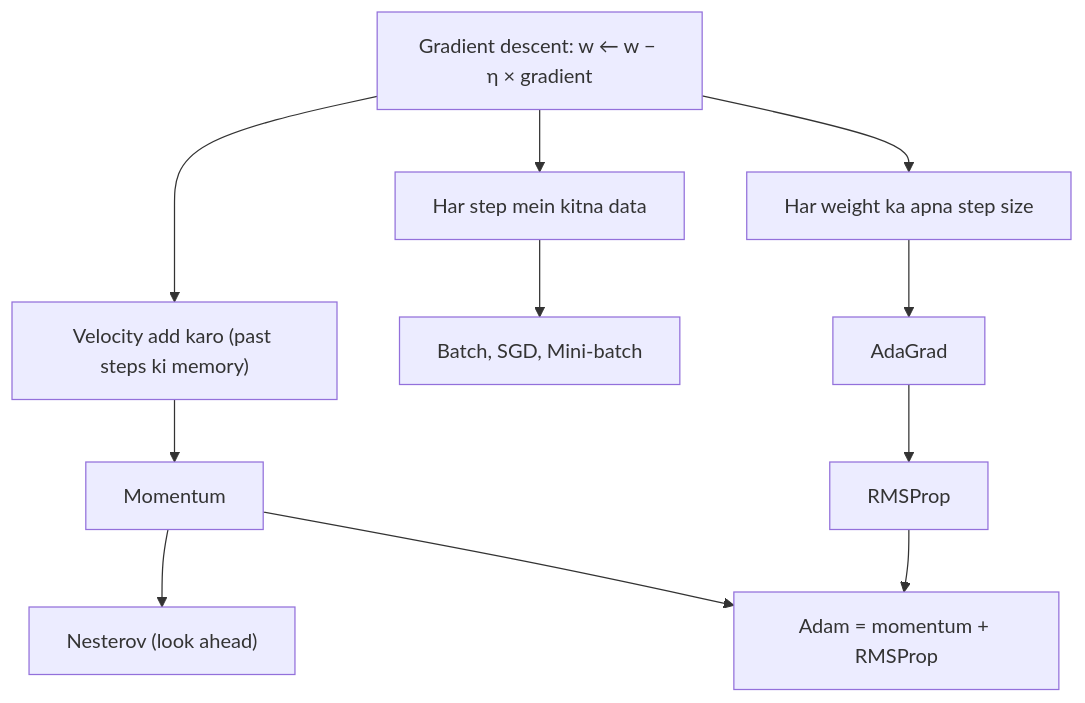
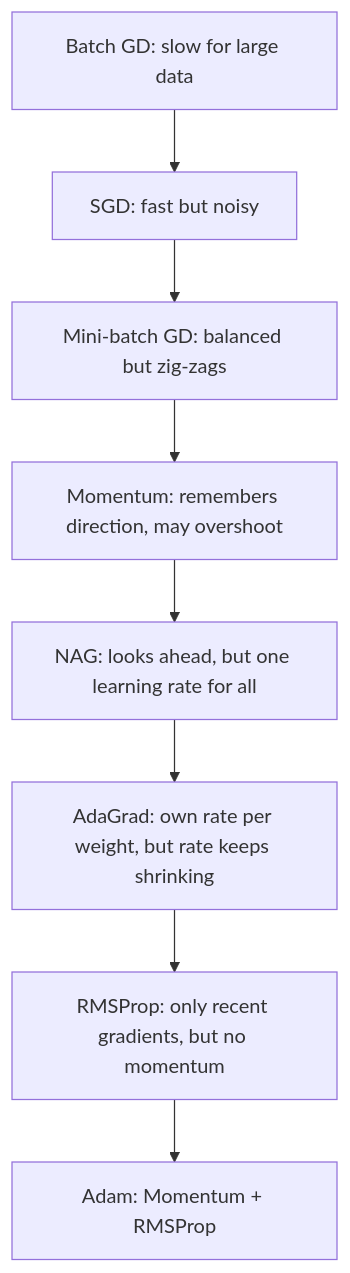
The fourth of 4 diagrams in content/deep-learning/notes/gradient-descent.hi.mdx (TrendySloth1001/sem-seven-notes), drawn with Mermaid before and after one commit. The commit also changed other lines of this file and 254 other files, not shown here.

Commit message:
Rewrite the backpropagation, gradient descent, regularization and autoencoder notes and their 29 answers from the teachers' class files. They use 185 teacher figures with class-notes citations only, and correct the AdaGrad, RMSProp, Nesterov and batch-norm numbers on the slides.

````diff
--- a/content/deep-learning/notes/gradient-descent.hi.mdx
+++ b/content/deep-learning/notes/gradient-descent.hi.mdx
@@ -414,14 +719,11 @@
 ```mermaid
-%% caption: Syllabus ke optimizers ki family. Pehli branch badalti hai ki har step kitna data dekhta hai; baaki do badalti hain ki har step ka size kaise decide ho.
+%% caption: Har optimizer apne se pehle wale ki kamzori fix karta hai, jaise teacher ek ke baad ek banate hain. Aakhri box wahi hai jo Adam combine karta hai.
 flowchart TD
-  GD["Gradient descent: w ← w − η × gradient"] --> D["Har step mein kitna data"]
-  GD --> V["Velocity add karo (past steps ki memory)"]
-  GD --> A["Har weight ka apna step size"]
-  D --> D1["Batch, SGD, Mini-batch"]
-  V --> V1["Momentum"]
-  V1 --> V2["Nesterov (look ahead)"]
-  A --> A1["AdaGrad"]
-  A1 --> A2["RMSProp"]
-  V1 --> AD["Adam = momentum + RMSProp"]
-  A2 --> AD
+  A["Batch GD: slow for large data"] --> B["SGD: fast but noisy"]
+  B --> C["Mini-batch GD: balanced but zig-zags"]
+  C --> D["Momentum: remembers direction, may overshoot"]
+  D --> E["NAG: looks ahead, but one learning rate for all"]
+  E --> F["AdaGrad: own rate per weight, but rate keeps shrinking"]
+  F --> G["RMSProp: only recent gradients, but no momentum"]
+  G --> H["Adam: Momentum + RMSProp"]
 ```
````
